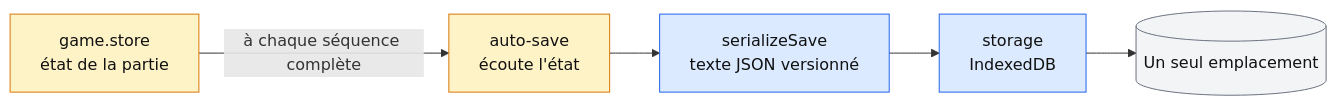
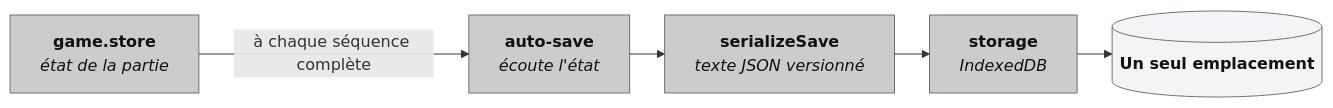
One commit to peangoulvant/Tacticoop changed the first of 2 diagrams in docs/diagrams/08-persistence.md. Above: the diagram before and after it, drawn with Mermaid. The commit also changed other lines of this file and 8 other files, not shown here.

First line of the commit message:
Diagrammes : style gris uni, libellés nom en gras et explication en italique, disposition ELK (d'après 01-architecture)

````diff
--- a/docs/diagrams/08-persistence.md
+++ b/docs/diagrams/08-persistence.md
@@ -7,11 +7,14 @@
 ```mermaid
+---
+config:
+  layout: elk
+---
 flowchart LR
-    jeu["game.store<br/>état de la partie"]:::state -->|"à chaque séquence complète"| auto["auto-save<br/>écoute l'état"]:::state
-    auto --> ecrire["serializeSave<br/>texte JSON versionné"]:::pers
-    ecrire --> stockage["storage<br/>IndexedDB"]:::pers
-    stockage --> idb[("Un seul emplacement")]:::ext
+    jeu["`**game.store**<br>*état de la partie*`"]:::ui -->|"à chaque séquence complète"| auto["`**auto-save**<br>*écoute l'état*`"]:::ui
+    auto --> ecrire["`**serializeSave**<br>*texte JSON versionné*`"]:::ui
+    ecrire --> stockage["`**storage**<br>*IndexedDB*`"]:::ui
+    stockage --> idb[("`**Un seul emplacement**`")]:::ext
 
-    classDef state fill:#fef3c7,stroke:#d97706,color:#111
-    classDef pers fill:#dbeafe,stroke:#2563eb,color:#111
+    classDef ui fill:#cccccc,stroke:#6b7280,color:#111
     classDef ext fill:#f3f4f6,stroke:#6b7280,color:#111
 ```
````
